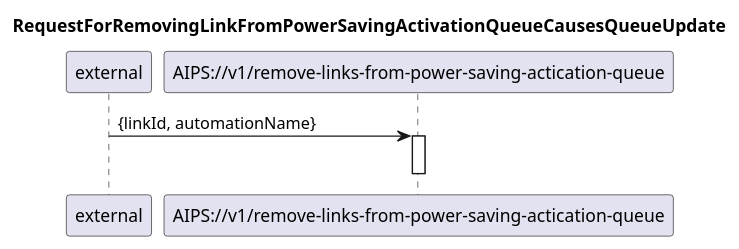
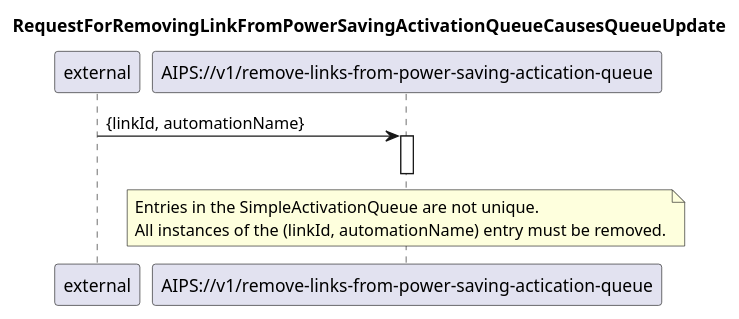
The diagram in spec/diagrams/04_LinkGroupRelatedSwitchingOperation/401_removeLinkFromPowerSavingActivationQueue.plantuml (openBackhaul/AirInterfacePowerSaver), drawn with PlantUML before and after one commit. The commit also changed 5 other files, not shown here.

```diff
--- a/spec/diagrams/04_LinkGroupRelatedSwitchingOperation/401_removeLinkFromPowerSavingActivationQueue.plantuml
+++ b/spec/diagrams/04_LinkGroupRelatedSwitchingOperation/401_removeLinkFromPowerSavingActivationQueue.plantuml
@@ -1,16 +1,21 @@
 @startuml 401_removeLinkFromPowerSavingActivationQueue
 skinparam responseMessageBelowArrow true
 
 title
 RequestForRemovingLinkFromPowerSavingActivationQueueCausesQueueUpdate
 end title
 
 participant "external" as requestor
 participant "AIPS://v1/remove-links-from-power-saving-actication-queue" as removeFromQueue
 
 requestor -> removeFromQueue: {linkId, automationName}
 activate removeFromQueue
 
+note over removeFromQueue
+  Entries in the SimpleActivationQueue are not unique.
+  All instances of the (linkId, automationName) entry must be removed.
+end note
+
 deactivate removeFromQueue
 
 @enduml
```
